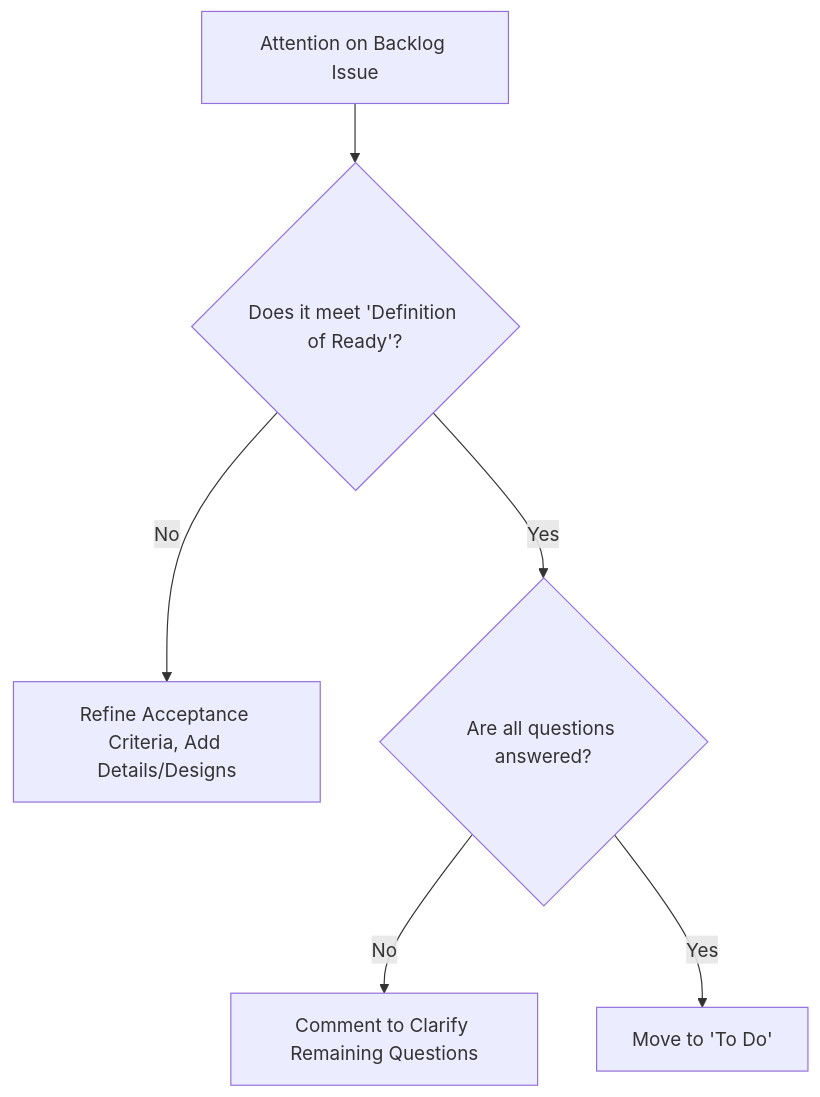
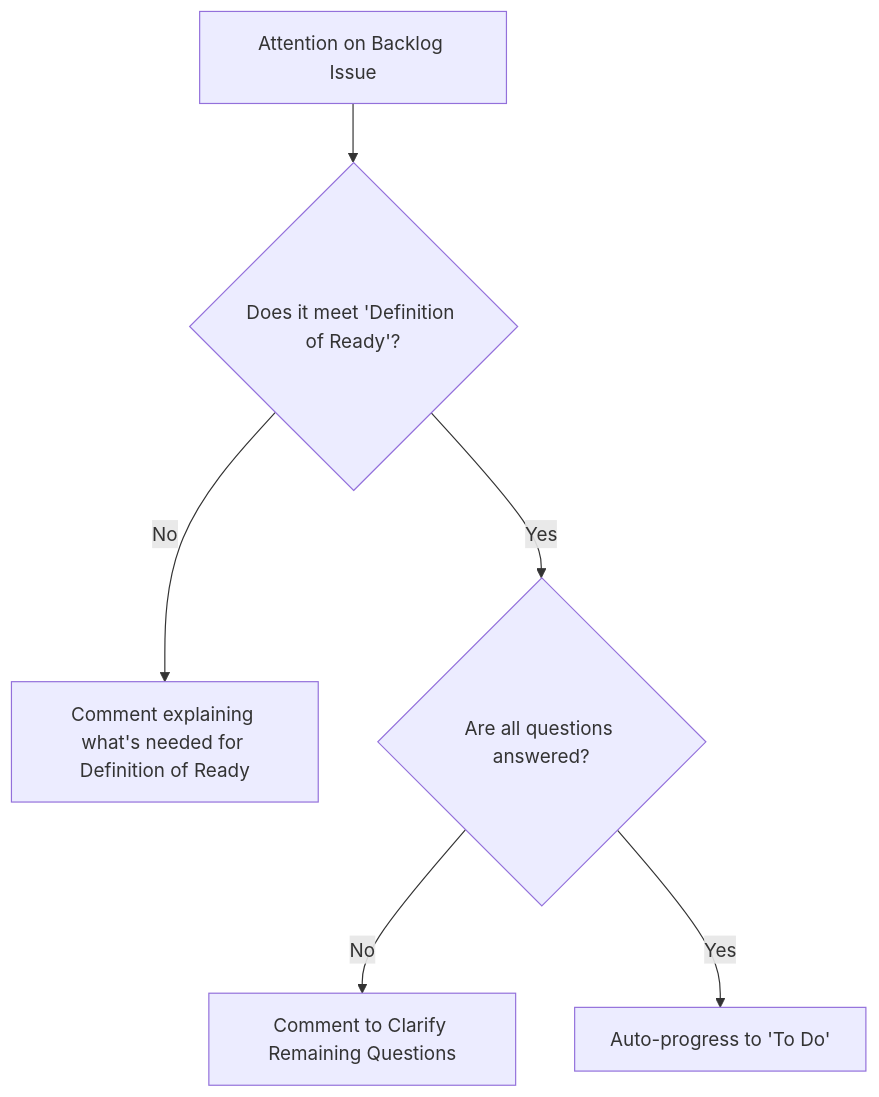
One commit to willgriffin/company-as-code changed the third of 8 diagrams in WORKFLOW.md. Above: the diagram before and after it, drawn with Mermaid. The commit also changed other lines of this file and 1 other file, not shown here.

````diff
--- a/WORKFLOW.md
+++ b/WORKFLOW.md
@@ -225,8 +228,8 @@
 ```mermaid
 graph TD
     A[Attention on Backlog Issue] --> B{Does it meet 'Definition of Ready'?};
-    B -- No --> C[Refine Acceptance Criteria, Add Details/Designs];
+    B -- No --> C[Comment explaining what's needed for Definition of Ready];
     B -- Yes --> D{Are all questions answered?};
     D -- No --> E[Comment to Clarify Remaining Questions];
-    D -- Yes --> F[Move to 'To Do'];
+    D -- Yes --> F[Auto-progress to 'To Do'];
 ```
````
